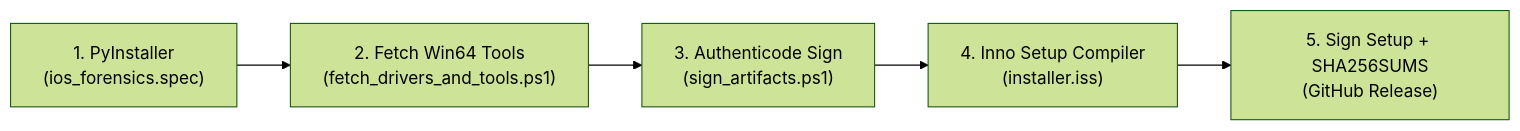
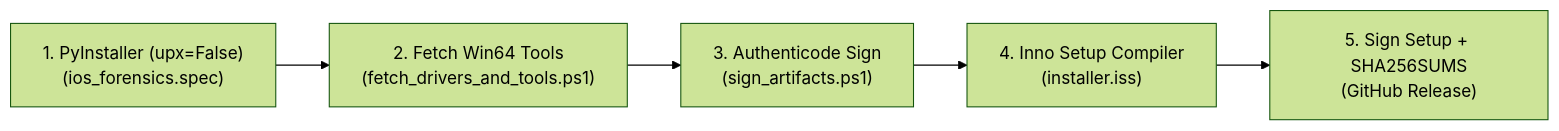
Before and after one commit to RLuf/ios_fosensics: the diagram in docs/WINDOWS_INSTALLER_AND_DRIVERS.md, drawn with Mermaid (forest theme). The commit also changed other lines of this file and 17 other files, not shown here.

````diff
--- a/docs/WINDOWS_INSTALLER_AND_DRIVERS.md
+++ b/docs/WINDOWS_INSTALLER_AND_DRIVERS.md
@@ -11,7 +11,7 @@
 ```mermaid
 flowchart LR
-    A["1. PyInstaller\n(ios_forensics.spec)"] --> B["2. Fetch Win64 Tools\n(fetch_drivers_and_tools.ps1)"]
+    A["1. PyInstaller (upx=False)\n(ios_forensics.spec)"] --> B["2. Fetch Win64 Tools\n(fetch_drivers_and_tools.ps1)"]
     B --> C["3. Authenticode Sign\n(sign_artifacts.ps1)"]
     C --> D["4. Inno Setup Compiler\n(installer.iss)"]
     D --> E["5. Sign Setup + SHA256SUMS\n(GitHub Release)"]
 ```
````
